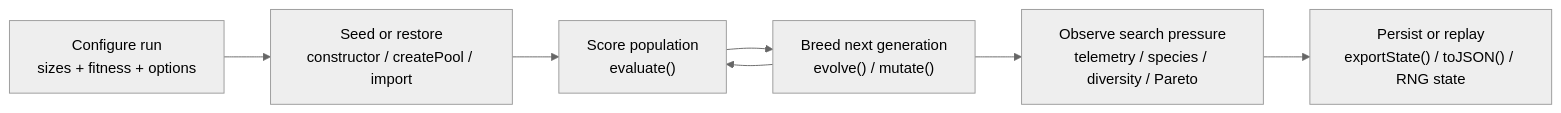
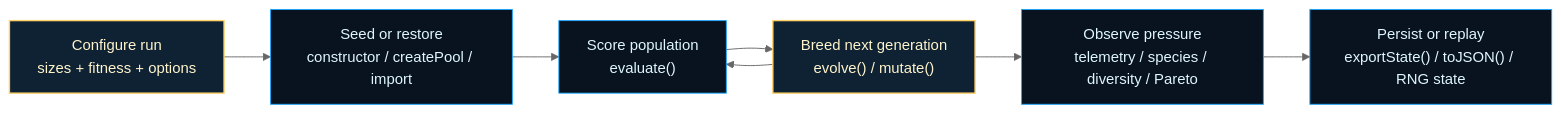
Before and after one commit to reicek/NeatapticTS: the first of 2 diagrams in src/README.md, drawn with Mermaid (neutral theme). The commit also changed other lines of this file and 121 other files, not shown here.

````diff
--- a/src/README.md
+++ b/src/README.md
@@ -23,9 +47,12 @@
 ```mermaid
 flowchart LR
-  Configure["Configure run<br/>sizes + fitness + options"] --> Seed["Seed or restore<br/>constructor / createPool / import"]
-  Seed --> Score["Score population<br/>evaluate()"]
-  Score --> Breed["Breed next generation<br/>evolve() / mutate()"]
-  Breed --> Observe["Observe search pressure<br/>telemetry / species / diversity / Pareto"]
-  Observe --> Persist["Persist or replay<br/>exportState() / toJSON() / RNG state"]
+  classDef base fill:#08131f,stroke:#1ea7ff,color:#dff6ff,stroke-width:1px;
+  classDef accent fill:#0f2233,stroke:#ffd166,color:#fff4cc,stroke-width:1.5px;
+
+  Configure["Configure run<br/>sizes + fitness + options"]:::accent --> Seed["Seed or restore<br/>constructor / createPool / import"]:::base
+  Seed --> Score["Score population<br/>evaluate()"]:::base
+  Score --> Breed["Breed next generation<br/>evolve() / mutate()"]:::accent
+  Breed --> Observe["Observe pressure<br/>telemetry / species / diversity / Pareto"]:::base
+  Observe --> Persist["Persist or replay<br/>exportState() / toJSON() / RNG state"]:::base
   Breed --> Score
 ```
````
